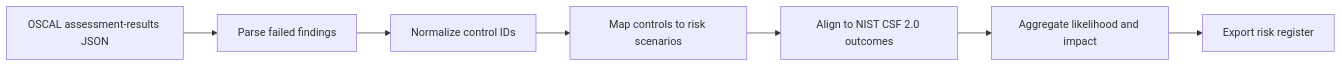
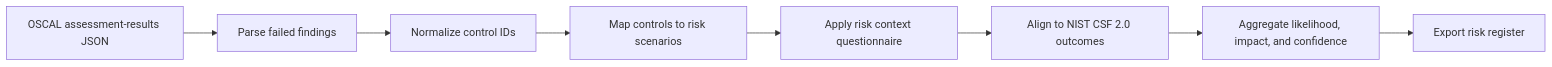
The diagram in README.md (envokeME/oscal-risk-bridge), drawn with Mermaid before and after one commit. The commit also changed other lines of this file and 27 other files, not shown here.

Commit message:
Expand risk context and OSCAL validation

````diff
--- a/README.md
+++ b/README.md
@@ -21,9 +21,10 @@
 ```mermaid
 flowchart LR
     A["OSCAL assessment-results JSON"] --> B["Parse failed findings"]
     B --> C["Normalize control IDs"]
     C --> D["Map controls to risk scenarios"]
-    D --> E["Align to NIST CSF 2.0 outcomes"]
-    E --> F["Aggregate likelihood and impact"]
-    F --> G["Export risk register"]
+    D --> E["Apply risk context questionnaire"]
+    E --> F["Align to NIST CSF 2.0 outcomes"]
+    F --> G["Aggregate likelihood, impact, and confidence"]
+    G --> H["Export risk register"]
 ```
````
